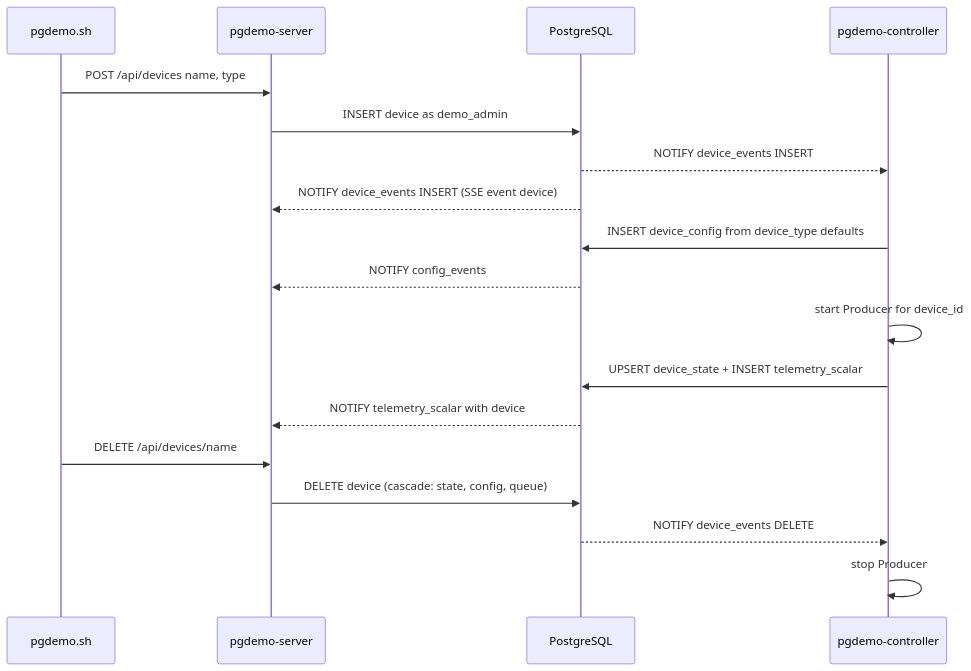
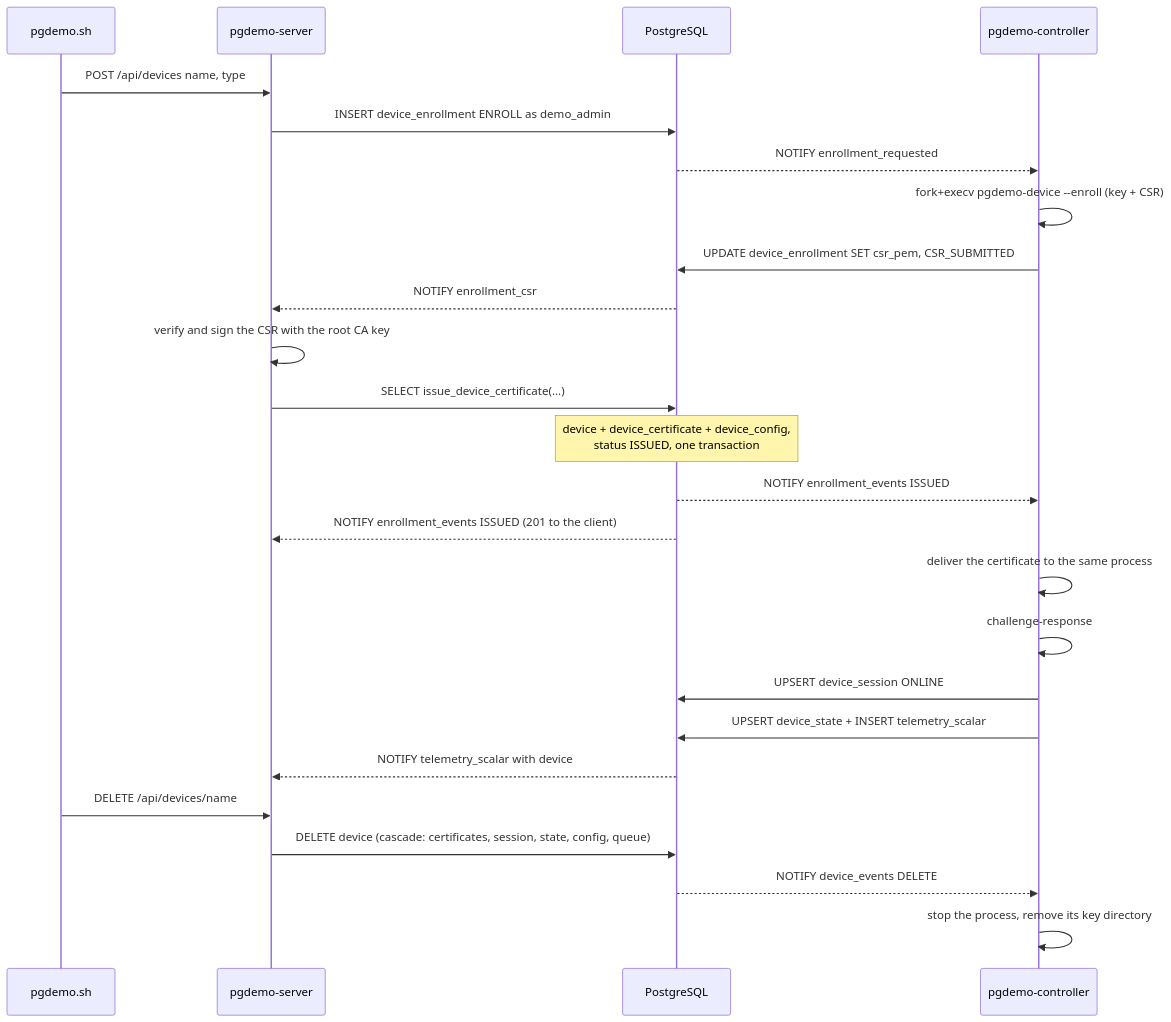
The third of 4 diagrams in sql/README.md (jgmatu/postgresql), drawn with Mermaid before and after one commit. The commit also changed other lines of this file and 72 other files, not shown here.

````diff
--- a/sql/README.md
+++ b/sql/README.md
@@ -233,20 +295,27 @@
 ```mermaid
 sequenceDiagram
     participant client as pgdemo.sh
     participant server as pgdemo-server
     participant pg as PostgreSQL
     participant ctl as pgdemo-controller
     client->>server: POST /api/devices name, type
-    server->>pg: INSERT device as demo_admin
-    pg-->>ctl: NOTIFY device_events INSERT
-    pg-->>server: NOTIFY device_events INSERT (SSE event device)
-    ctl->>pg: INSERT device_config from device_type defaults
-    pg-->>server: NOTIFY config_events
-    ctl->>ctl: start Producer for device_id
+    server->>pg: INSERT device_enrollment ENROLL as demo_admin
+    pg-->>ctl: NOTIFY enrollment_requested
+    ctl->>ctl: fork+execv pgdemo-device --enroll (key + CSR)
+    ctl->>pg: UPDATE device_enrollment SET csr_pem, CSR_SUBMITTED
+    pg-->>server: NOTIFY enrollment_csr
+    server->>server: verify and sign the CSR with the root CA key
+    server->>pg: SELECT issue_device_certificate(...)
+    Note over pg: device + device_certificate + device_config,<br/>status ISSUED, one transaction
+    pg-->>ctl: NOTIFY enrollment_events ISSUED
+    pg-->>server: NOTIFY enrollment_events ISSUED (201 to the client)
+    ctl->>ctl: deliver the certificate to the same process
+    ctl->>ctl: challenge-response
+    ctl->>pg: UPSERT device_session ONLINE
     ctl->>pg: UPSERT device_state + INSERT telemetry_scalar
     pg-->>server: NOTIFY telemetry_scalar with device
     client->>server: DELETE /api/devices/name
-    server->>pg: DELETE device (cascade: state, config, queue)
+    server->>pg: DELETE device (cascade: certificates, session, state, config, queue)
     pg-->>ctl: NOTIFY device_events DELETE
-    ctl->>ctl: stop Producer
+    ctl->>ctl: stop the process, remove its key directory
 ```
````
